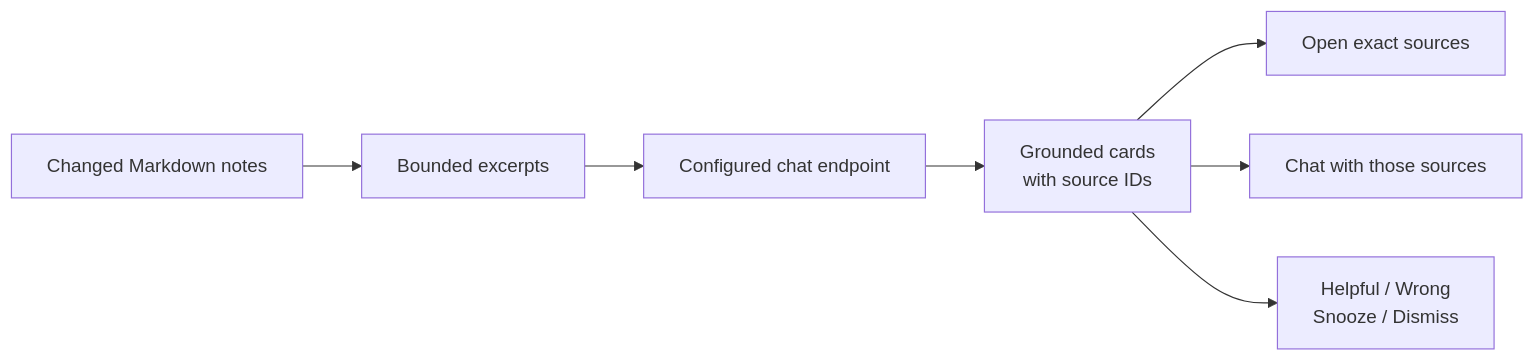
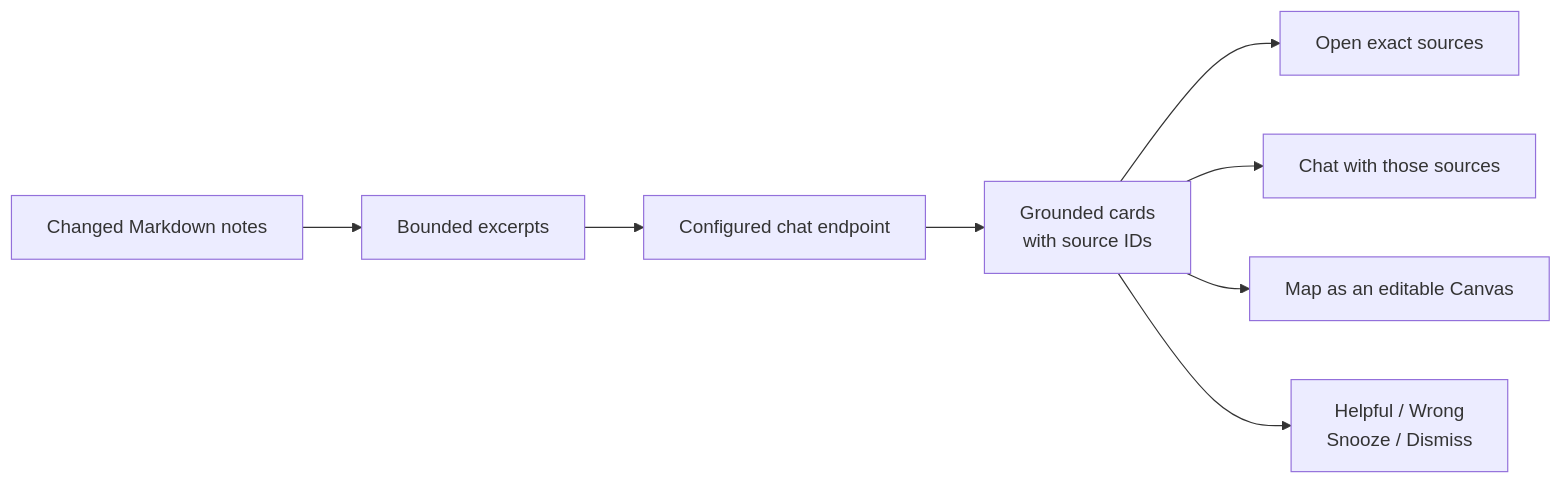
One commit to manimohans/obsidian-local-llm-helper changed the second of 2 diagrams in README.md. Above: the diagram before and after it, drawn with Mermaid. The commit also changed other lines of this file and 7 other files, not shown here.

````diff
--- a/README.md
+++ b/README.md
@@ -95,9 +96,10 @@
 ```mermaid
 flowchart LR
     A["Changed Markdown notes"] --> B["Bounded excerpts"]
     B --> C["Configured chat endpoint"]
     C --> D["Grounded cards<br/>with source IDs"]
     D --> E["Open exact sources"]
     D --> F["Chat with those sources"]
+    D --> H["Map as an editable Canvas"]
     D --> G["Helpful / Wrong<br/>Snooze / Dismiss"]
 ```
````
